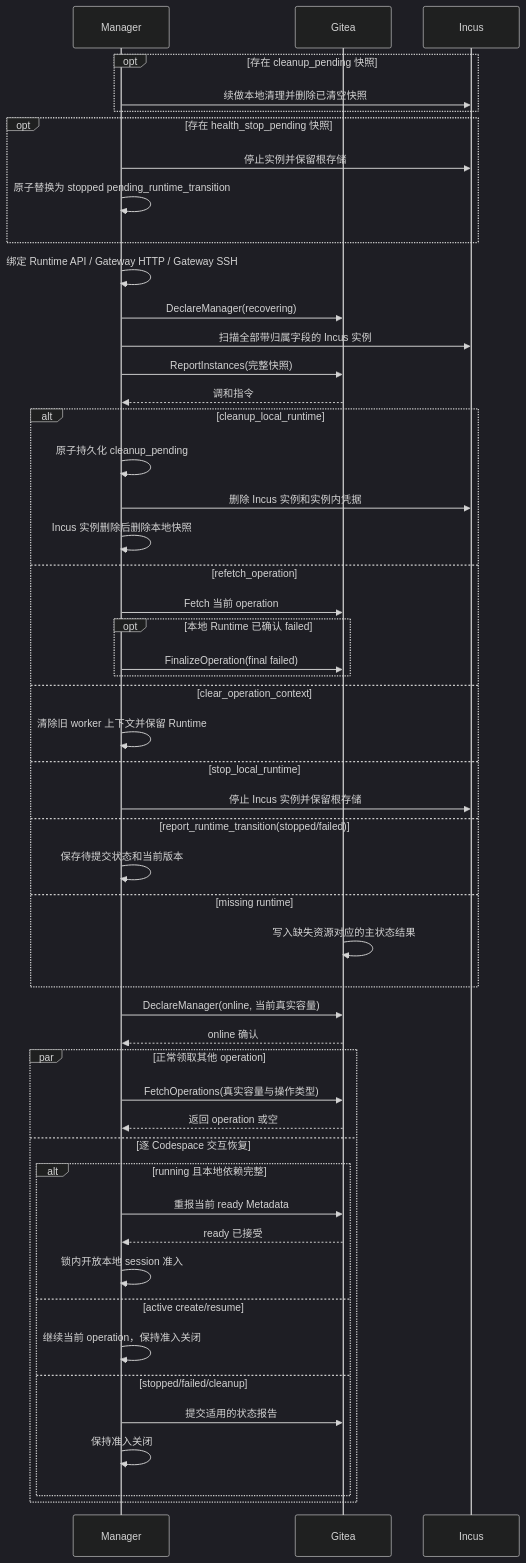
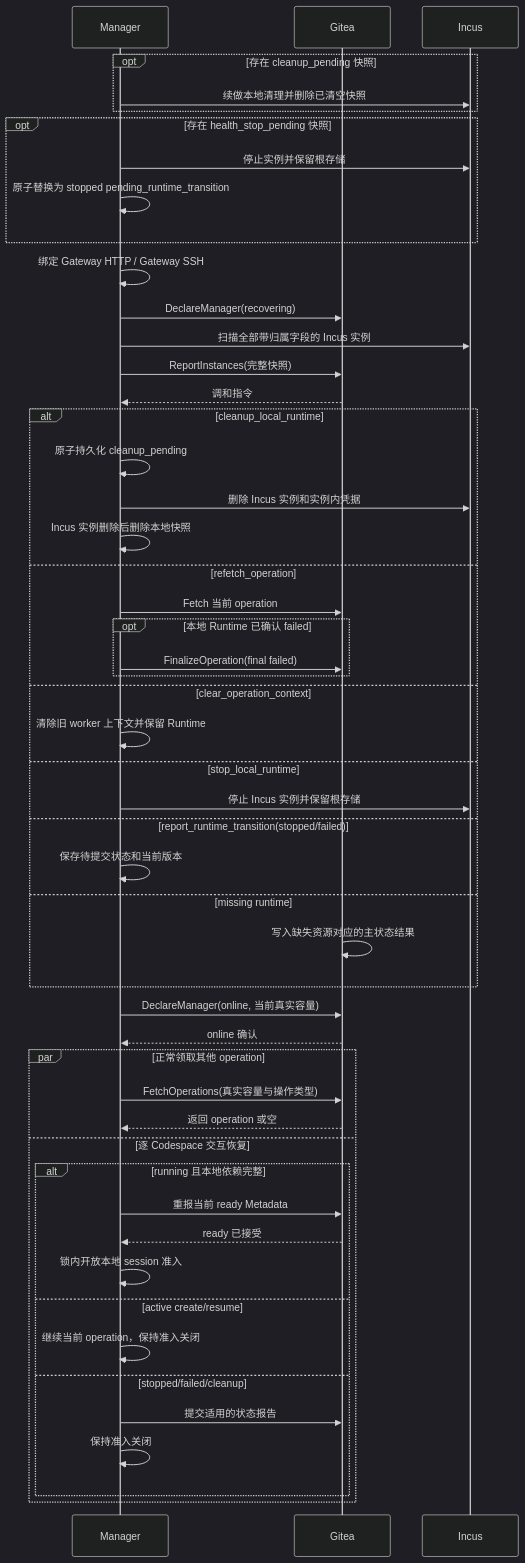
Before and after one commit to ExplodingDragon/gitea-dev: the diagram in src/maintenance-recovery.md, drawn with Mermaid (dark theme). The commit also changed other lines of this file and 10 other files, not shown here.

````diff
--- a/src/maintenance-recovery.md
+++ b/src/maintenance-recovery.md
@@ -114,54 +114,54 @@
 ```mermaid
 sequenceDiagram
     participant M as Manager
     participant G as Gitea
     participant B as Incus
 
     opt 存在 cleanup_pending 快照
         M->>B: 续做本地清理并删除已清空快照
     end
     opt 存在 health_stop_pending 快照
         M->>B: 停止实例并保留根存储
         M->>M: 原子替换为 stopped pending_runtime_transition
     end
-    M->>M: 绑定 Runtime API / Gateway HTTP / Gateway SSH
+    M->>M: 绑定 Gateway HTTP / Gateway SSH
     M->>G: DeclareManager(recovering)
     M->>B: 扫描全部带归属字段的 Incus 实例
     M->>G: ReportInstances(完整快照)
     G-->>M: 调和指令
     alt cleanup_local_runtime
         M->>M: 原子持久化 cleanup_pending
         M->>B: 删除 Incus 实例和实例内凭据
         M->>M: Incus 实例删除后删除本地快照
     else refetch_operation
         M->>G: Fetch 当前 operation
         opt 本地 Runtime 已确认 failed
             M->>G: FinalizeOperation(final failed)
         end
     else clear_operation_context
         M->>M: 清除旧 worker 上下文并保留 Runtime
     else stop_local_runtime
         M->>B: 停止 Incus 实例并保留根存储
     else report_runtime_transition(stopped/failed)
         M->>M: 保存待提交状态和当前版本
     else missing runtime
         G->>G: 写入缺失资源对应的主状态结果
     end
     M->>G: DeclareManager(online, 当前真实容量)
     G-->>M: online 确认
     par 正常领取其他 operation
         M->>G: FetchOperations(真实容量与操作类型)
         G-->>M: 返回 operation 或空
     and 逐 Codespace 交互恢复
         alt running 且本地依赖完整
             M->>G: 重报当前 ready Metadata
             G-->>M: ready 已接受
             M->>M: 锁内开放本地 session 准入
         else active create/resume
             M->>M: 继续当前 operation，保持准入关闭
         else stopped/failed/cleanup
             M->>G: 提交适用的状态报告
             M->>M: 保持准入关闭
         end
     end
 ```
````
